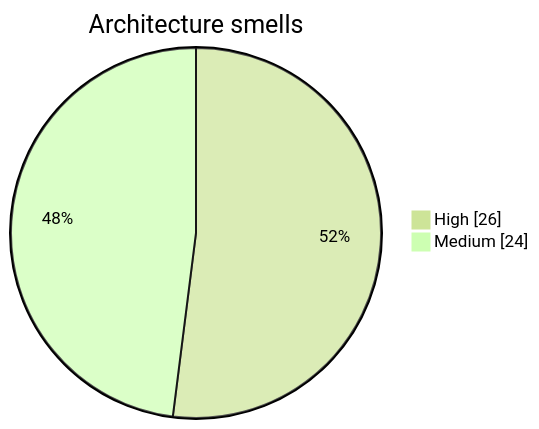
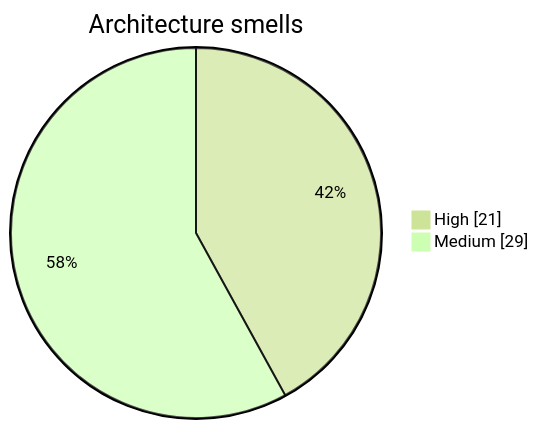
One commit to wolframs/jspace-probes changed diagram 14 of 15 in .mentis/context/graphs.md. Above: the diagram before and after it, drawn with Mermaid (forest theme). The commit also changed other lines of this file and 1195 other files, not shown here.

````diff
--- a/.mentis/context/graphs.md
+++ b/.mentis/context/graphs.md
@@ -288,5 +288,5 @@
 ```mermaid
 pie showData title Architecture smells
-    "High" : 26
-    "Medium" : 24
+    "High" : 21
+    "Medium" : 29
 ```
````
